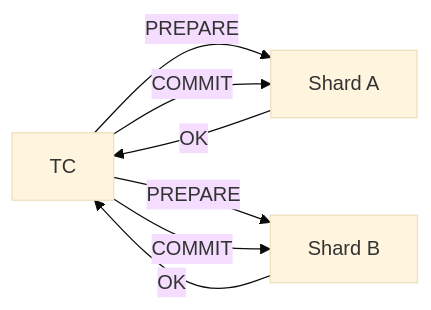
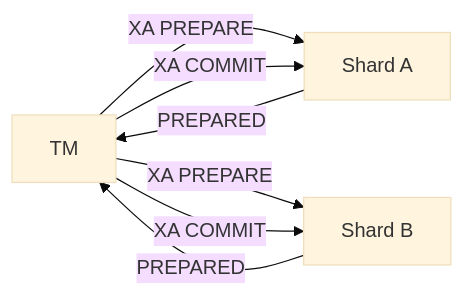
Before and after one commit to yjkim2015/yjkim2015.github.io: the fifth of 7 diagrams in _posts/db/2026-05-01-db-sharding.md, drawn with Mermaid (base theme). The commit also changed other lines of this file and 4 other files, not shown here.

````diff
--- a/_posts/db/2026-05-01-db-sharding.md
+++ b/_posts/db/2026-05-01-db-sharding.md
@@ -220,9 +1042,9 @@
 ```mermaid
 graph LR
-    TC["TC"] -->|"PREPARE"| SA["Shard A"]
-    TC -->|"PREPARE"| SB["Shard B"]
-    SA -->|"OK"| TC
-    SB -->|"OK"| TC
-    TC -->|"COMMIT"| SA
-    TC -->|"COMMIT"| SB
+    TM["TM"] -->|"XA PREPARE"| SA["Shard A"]
+    TM -->|"XA PREPARE"| SB["Shard B"]
+    SA -->|"PREPARED"| TM
+    SB -->|"PREPARED"| TM
+    TM -->|"XA COMMIT"| SA
+    TM -->|"XA COMMIT"| SB
 ```
````
